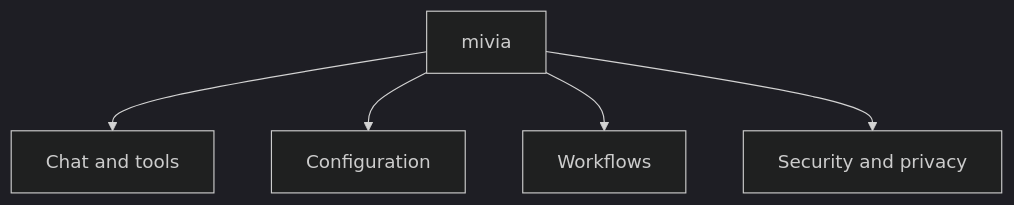
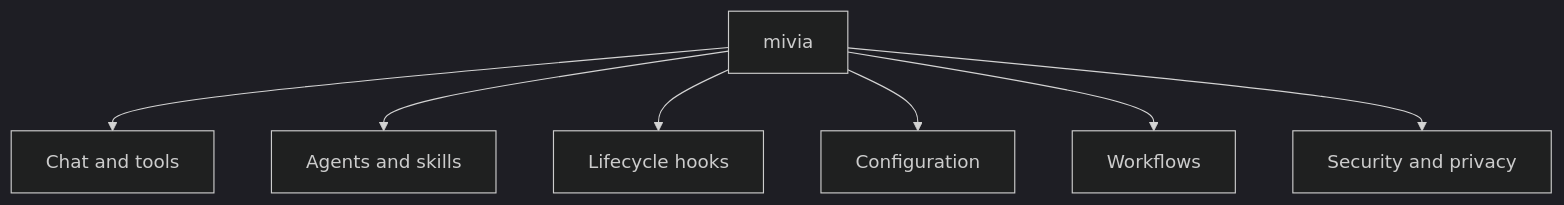
The diagram in docs/product/overview.md (MiviaLabs/mivia-agent), drawn with Mermaid (dark theme) before and after one commit. The commit also changed other lines of this file and 80 other files, not shown here.

````diff
--- a/docs/product/overview.md
+++ b/docs/product/overview.md
@@ -15,7 +15,9 @@
 ```mermaid
 flowchart TD
     Mivia["mivia"] --> Chat["Chat and tools"]
+    Mivia --> Agents["Agents and skills"]
+    Mivia --> Hooks["Lifecycle hooks"]
     Mivia --> Config["Configuration"]
     Mivia --> Workflows["Workflows"]
     Mivia --> Security["Security and privacy"]
 ```
````
